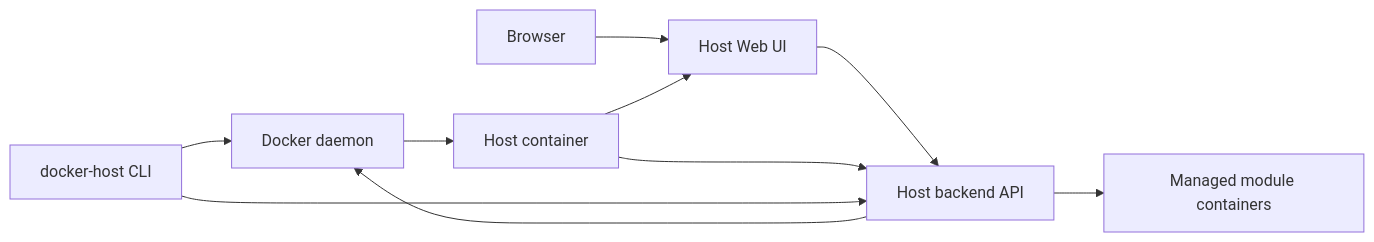
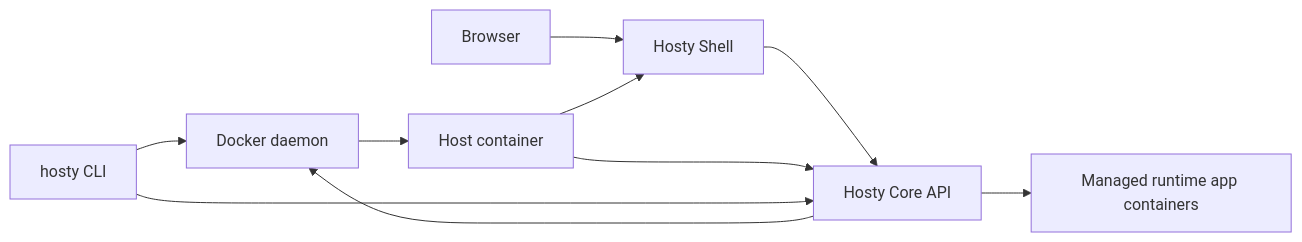
One commit to alex-de-haas/docker-host changed the diagram in docs/features/host-launch.md. Above: the diagram before and after it, drawn with Mermaid. The commit also changed other lines of this file and 77 other files, not shown here.

Commit message:
Introduce Hosty app platform compatibility layer

````diff
--- a/docs/features/host-launch.md
+++ b/docs/features/host-launch.md
@@ -21,12 +22,12 @@
 ```mermaid
 flowchart LR
-  A["docker-host CLI"] --> B["Docker daemon"]
+  A["hosty CLI"] --> B["Docker daemon"]
   B --> C["Host container"]
-  D["Browser"] --> E["Host Web UI"]
-  E --> F["Host backend API"]
+  D["Browser"] --> E["Hosty Shell"]
+  E --> F["Hosty Core API"]
   C --> E
   C --> F
   A --> F
   F --> B
-  F --> G["Managed module containers"]
+  F --> G["Managed runtime app containers"]
 ```
````
